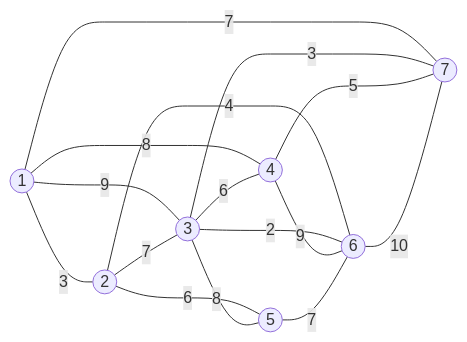
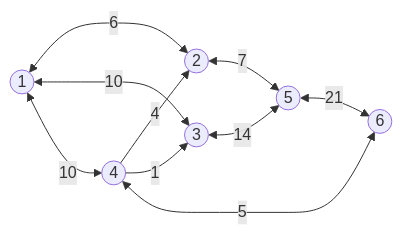
The first of 6 diagrams in docs/zh/QCCSTP/system-architect/mathematics-and-economic-management.md (whiteChen233/whitechen233.github.io), drawn with Mermaid before and after one commit. The commit also changed other lines of this file and 3 other files, not shown here.

````diff
--- a/docs/zh/QCCSTP/system-architect/mathematics-and-economic-management.md
+++ b/docs/zh/QCCSTP/system-architect/mathematics-and-economic-management.md
@@ -29,18 +110,12 @@
 ```mermaid
-graph LR
-  A((1))---|3|B((2))
-  A---|9|C((3))
-  A---|8|D((4))
-  A---|7|G((7))
-  B---|7|C
-  B---|6|E((5))
-  B---|4|F((6))
-  C---|6|D
-  C---|8|E
-  C---|2|F
-  C---|3|G
-  D---|9|F
-  D---|5|G
-  E---|7|F
-  F---|10|G
+flowchart LR
+  A((1))<-->|6|B((2))
+  A<-->|10|C((3))
+  A<-->|10|D((4))
+  B<-->|7|E((5))
+  C<-->|14|E
+  D-->|4|B
+  D-->|1|C
+  D<-->|5|F((6))
+  E<-->|21|F
 ```
````
